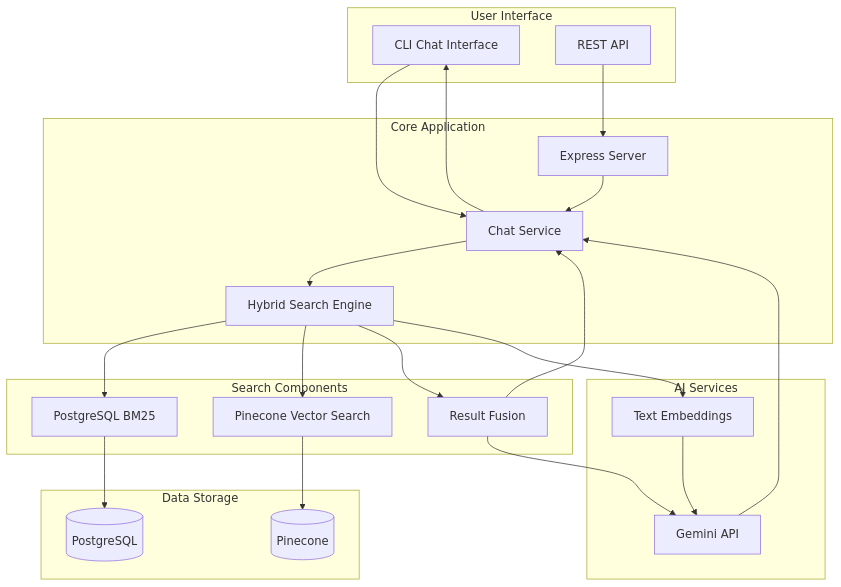
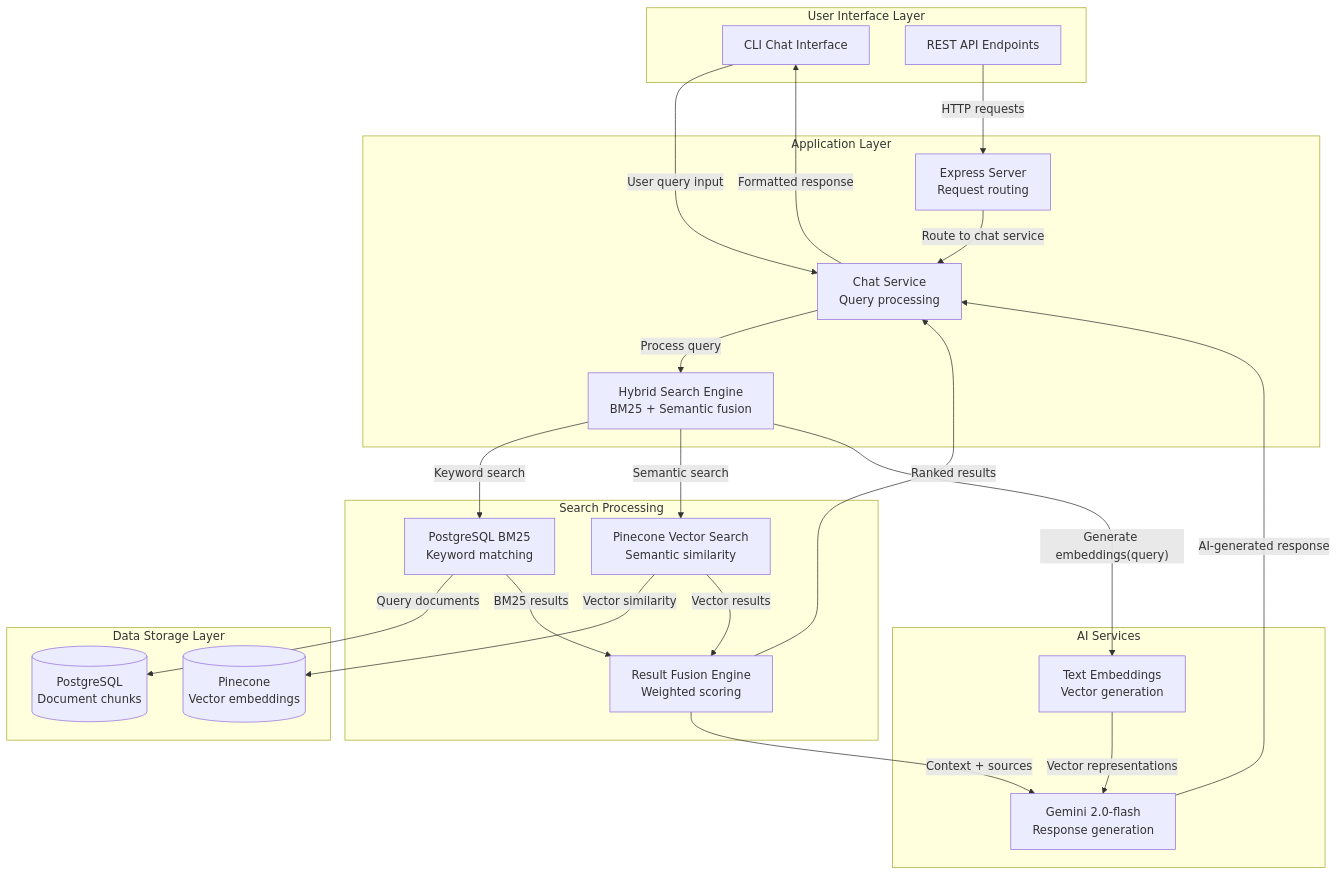
One commit to TEJ-Fellowship/pbl changed the first of 2 diagrams in PBL4/StripeCustomerSupportAgent/Backend/README.md. Above: the diagram before and after it, drawn with Mermaid. The commit also changed other lines of this file, not shown here.

Commit message:
chore: design system architecture documentation

````diff
--- a/PBL4/StripeCustomerSupportAgent/Backend/README.md
+++ b/PBL4/StripeCustomerSupportAgent/Backend/README.md
@@ -31,53 +23,53 @@
 ```mermaid
 graph TB
-    subgraph "User Interface"
-        CLI[CLI Chat Interface]
-        API[REST API]
+    subgraph "User Interface Layer"
+        CLI["CLI Chat Interface"]
+        API["REST API Endpoints"]
     end
 
-    subgraph "Core Application"
-        CHAT[Chat Service]
-        SEARCH[Hybrid Search Engine]
-        SERVER[Express Server]
+    subgraph "Application Layer"
+        CHAT["Chat Service<br/>Query processing"]
+        SEARCH["Hybrid Search Engine<br/>BM25 + Semantic fusion"]
+        SERVER["Express Server<br/>Request routing"]
     end
 
-    subgraph "Search Components"
-        BM25[PostgreSQL BM25]
-        VECTOR[Pinecone Vector Search]
-        FUSION[Result Fusion]
+    subgraph "Search Processing"
+        BM25["PostgreSQL BM25<br/>Keyword matching"]
+        VECTOR["Pinecone Vector Search<br/>Semantic similarity"]
+        FUSION["Result Fusion Engine<br/>Weighted scoring"]
     end
 
     subgraph "AI Services"
-        GEMINI[Gemini API]
-        EMBEDDINGS[Text Embeddings]
+        GEMINI["Gemini 2.0-flash<br/>Response generation"]
+        EMBEDDINGS["Text Embeddings<br/>Vector generation"]
     end
 
-    subgraph "Data Storage"
-        POSTGRES[(PostgreSQL)]
-        PINECONE[(Pinecone)]
-
+    subgraph "Data Storage Layer"
+        POSTGRES[("PostgreSQL<br/>Document chunks")]
+        PINECONE[("Pinecone<br/>Vector embeddings")]
     end
 
-    %% User interactions
-    CLI --> CHAT
-    SERVER --> CHAT
-    CHAT --> CLI
-    API --> SERVER
+    %% User interaction flow
+    CLI -->|"User query input"| CHAT
+    API -->|"HTTP requests"| SERVER
+    SERVER -->|"Route to chat service"| CHAT
+    CHAT -->|"Formatted response"| CLI
 
-    %% Search flow
-    CHAT --> SEARCH
-    SEARCH --> BM25
-    SEARCH --> VECTOR
-    BM25 --> POSTGRES
-    VECTOR --> PINECONE
-    SEARCH --> FUSION
-    FUSION --> CHAT
-    FUSION --> GEMINI
+    %% Search orchestration
+    CHAT -->|"Process query"| SEARCH
+    SEARCH -->|"Keyword search"| BM25
+    SEARCH -->|"Semantic search"| VECTOR
+    BM25 -->|"Query documents"| POSTGRES
+    VECTOR -->|"Vector similarity"| PINECONE
 
-    %% AI processing
-    GEMINI --> CHAT
-    SEARCH --> EMBEDDINGS
-    EMBEDDINGS --> GEMINI
+    %% Result processing
+    BM25 -->|"BM25 results"| FUSION
+    VECTOR -->|"Vector results"| FUSION
+    FUSION -->|"Ranked results"| CHAT
+    FUSION -->|"Context + sources"| GEMINI
 
-
+    %% AI response generation
+    GEMINI -->|"AI-generated response"| CHAT
+    SEARCH -->|"Generate embeddings(query)"| EMBEDDINGS
+    EMBEDDINGS -->|"Vector representations"| GEMINI
 ```
````
